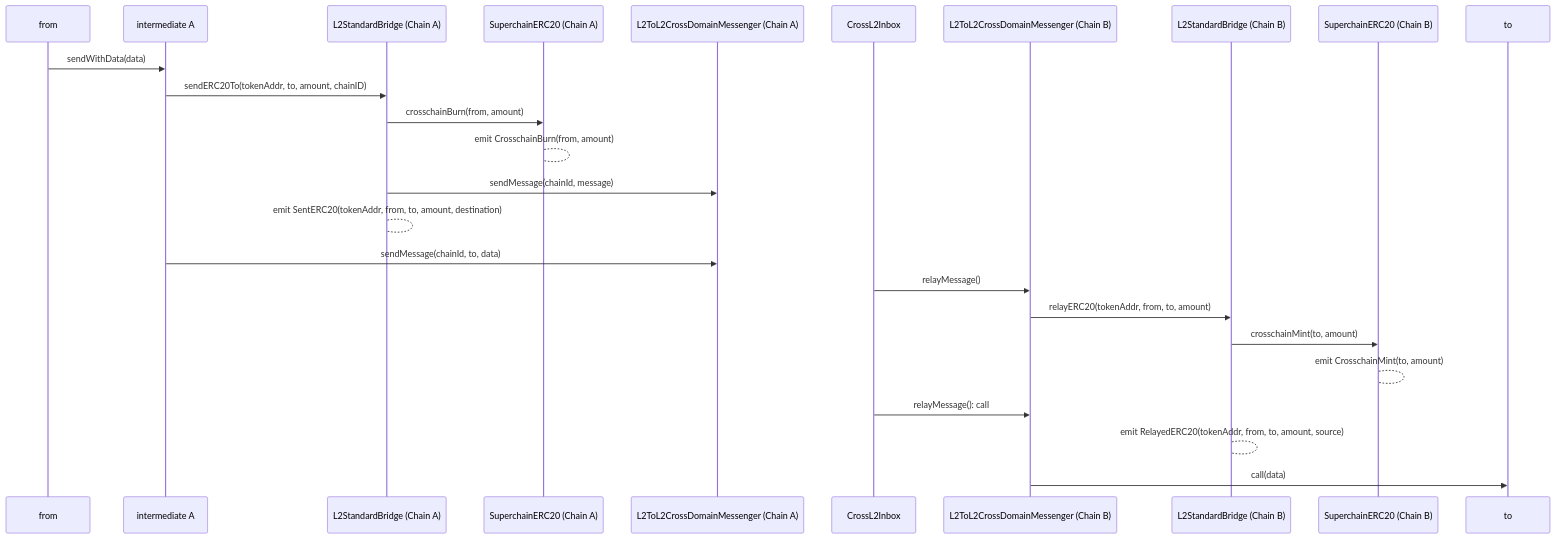
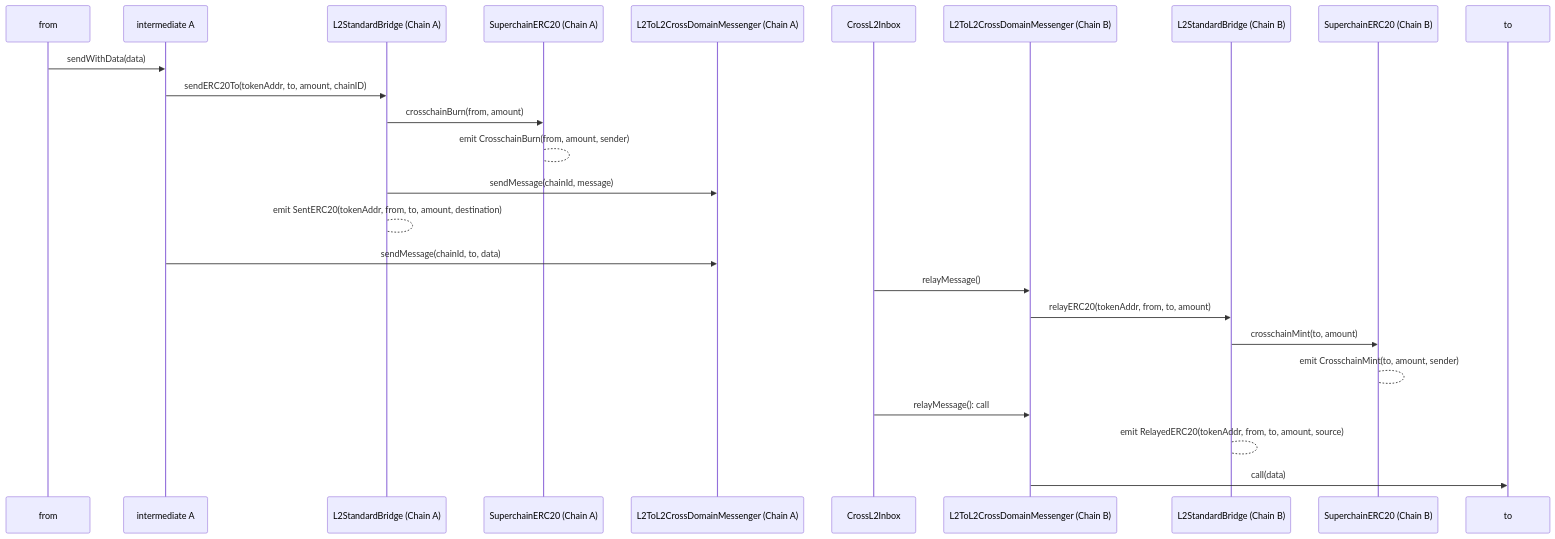
Before and after one commit to ethereum-optimism/specs: the third of 3 diagrams in specs/interop/token-bridging.md, drawn with Mermaid. The commit also changed other lines of this file, not shown here.

Commit message:
feat: add sender to ERC7802 events (#9)

````diff
--- a/specs/interop/token-bridging.md
+++ b/specs/interop/token-bridging.md
@@ -220,27 +220,27 @@
 ```mermaid
 sequenceDiagram
   participant from
   participant Intermediate_A as intermediate A
   participant L2SBA as L2StandardBridge (Chain A)
   participant SuperERC20_A as SuperchainERC20 (Chain A)
   participant Messenger_A as L2ToL2CrossDomainMessenger (Chain A)
   participant Inbox as CrossL2Inbox
   participant Messenger_B as L2ToL2CrossDomainMessenger (Chain B)
   participant L2SBB as L2StandardBridge (Chain B)
   participant SuperERC20_B as SuperchainERC20 (Chain B)
 
   from->>Intermediate_A: sendWithData(data)
   Intermediate_A->>L2SBA: sendERC20To(tokenAddr, to, amount, chainID)
   L2SBA->>SuperERC20_A: crosschainBurn(from, amount)
-  SuperERC20_A-->SuperERC20_A: emit CrosschainBurn(from, amount)
+  SuperERC20_A-->SuperERC20_A: emit CrosschainBurn(from, amount, sender)
   L2SBA->>Messenger_A: sendMessage(chainId, message)
   L2SBA-->L2SBA: emit SentERC20(tokenAddr, from, to, amount, destination)
   Intermediate_A->>Messenger_A: sendMessage(chainId, to, data)
   Inbox->>Messenger_B: relayMessage()
   Messenger_B->>L2SBB: relayERC20(tokenAddr, from, to, amount)
   L2SBB->>SuperERC20_B: crosschainMint(to, amount)
-  SuperERC20_B-->SuperERC20_B: emit CrosschainMint(to, amount)
+  SuperERC20_B-->SuperERC20_B: emit CrosschainMint(to, amount, sender)
   Inbox->>Messenger_B: relayMessage(): call
   L2SBB-->L2SBB: emit RelayedERC20(tokenAddr, from, to, amount, source)
   Messenger_B->>to: call(data)
 ```
````
